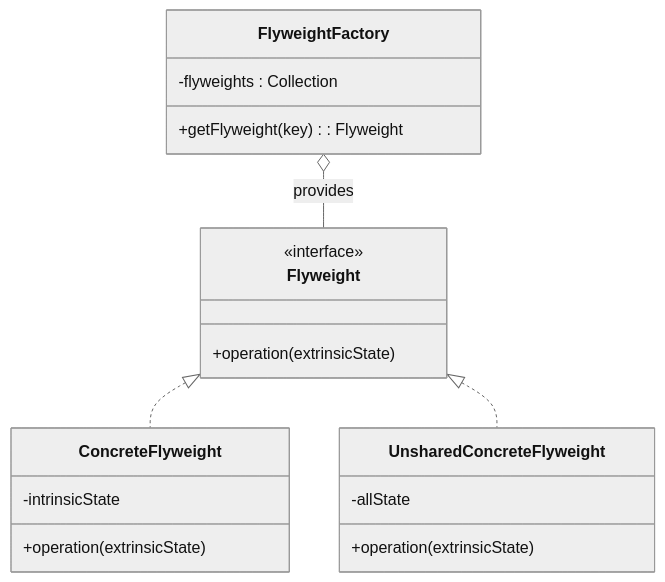
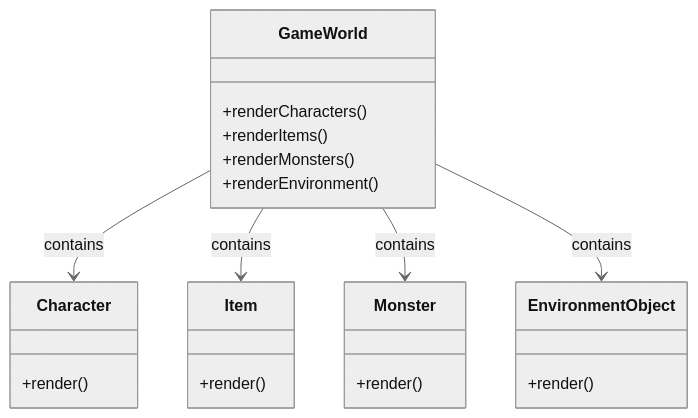
Before and after one commit to nguyenphuc22/Design-Patterns: the first of 2 diagrams in docs/Book/3.6 Flyweight.md, drawn with Mermaid (neutral theme). The commit also changed other lines of this file, not shown here.

Commit message:
Update 3.6 Flyweight.md

````diff
--- a/docs/Book/3.6 Flyweight.md
+++ b/docs/Book/3.6 Flyweight.md
@@ -63,26 +19,30 @@
 ```mermaid
 classDiagram
-    class Flyweight{
-        <<interface>>
-        +operation(extrinsicState)
+    class GameWorld {
+        +renderCharacters()
+        +renderItems()
+        +renderMonsters()
+        +renderEnvironment()
     }
-    
-    class ConcreteFlyweight{
-        -intrinsicState
-        +operation(extrinsicState)
+
+    class Character {
+        +render()
     }
-    
-    class UnsharedConcreteFlyweight{
-        -allState
-        +operation(extrinsicState)
+
+    class Item {
+        +render()
     }
-    
-    class FlyweightFactory{
-        -flyweights : Collection<Flyweight>
-        +getFlyweight(key) : Flyweight
+
+    class Monster {
+        +render()
     }
-    
-    Flyweight <|.. ConcreteFlyweight
-    Flyweight <|.. UnsharedConcreteFlyweight
-    FlyweightFactory o-- Flyweight: provides
+
+    class EnvironmentObject {
+        +render()
+    }
+
+    GameWorld --> Character : contains
+    GameWorld --> Item : contains
+    GameWorld --> Monster : contains
+    GameWorld --> EnvironmentObject : contains
 ```
````
